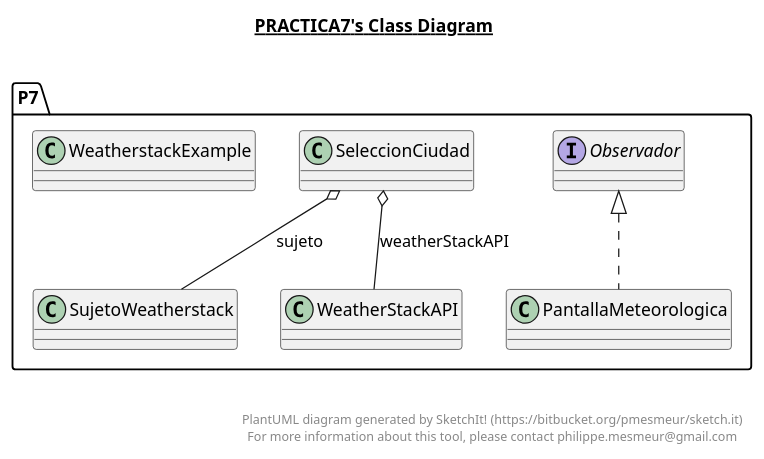
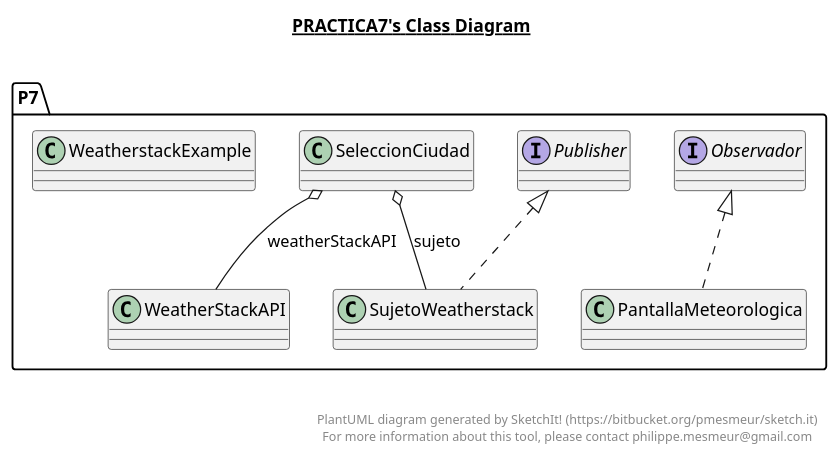
One commit to jordidogo/Patron-Observador changed the diagram in Practica7.plantuml. Above: the diagram before and after it, drawn with PlantUML. The commit also changed 13 other files, not shown here.

```diff
--- a/Practica7.plantuml
+++ b/Practica7.plantuml
@@ -1,53 +1,60 @@
 @startuml
 
 title __PRACTICA7's Class Diagram__\n
 
   namespace P7 {
     interface P7.Observador {
     }
   }
   
 
   namespace P7 {
     class P7.PantallaMeteorologica {
+    }
+  }
+  
+
+  namespace P7 {
+    interface P7.Publisher {
     }
   }
   
 
   namespace P7 {
     class P7.SeleccionCiudad {
     }
   }
   
 
   namespace P7 {
     class P7.SujetoWeatherstack {
     }
   }
   
 
   namespace P7 {
     class P7.WeatherStackAPI {
     }
   }
   
 
   namespace P7 {
     class P7.WeatherstackExample {
     }
   }
   
 
   P7.PantallaMeteorologica .up.|> P7.Observador
   P7.SeleccionCiudad o-- P7.SujetoWeatherstack : sujeto
   P7.SeleccionCiudad o-- P7.WeatherStackAPI : weatherStackAPI
+  P7.SujetoWeatherstack .up.|> P7.Publisher
 
 
 right footer
 
 
 PlantUML diagram generated by SketchIt! (https://bitbucket.org/pmesmeur/sketch.it)
 For more information about this tool, please contact philippe.mesmeur@gmail.com
 endfooter
 
 @enduml
```
